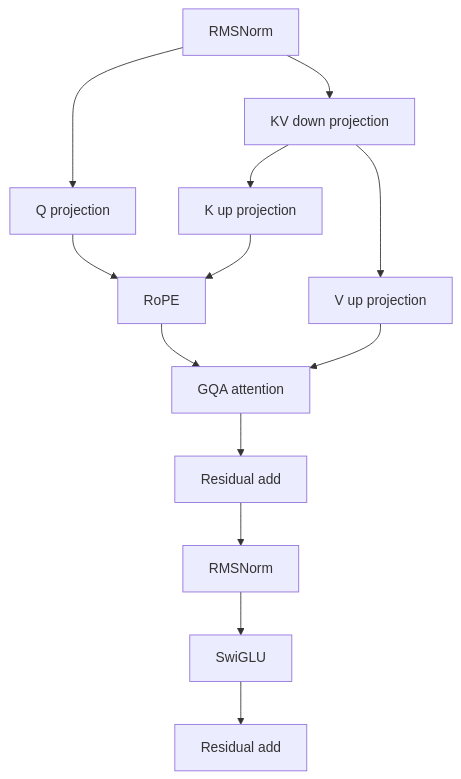
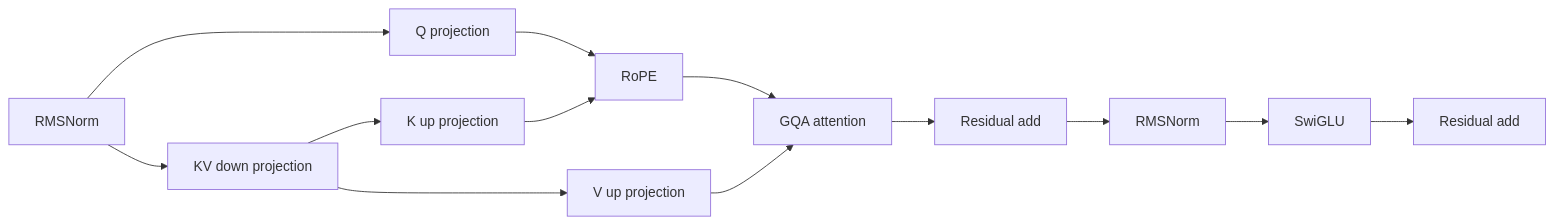
The second of 2 diagrams in README.md (pymlex/poetru), drawn with Mermaid before and after one commit.

````diff
--- a/README.md
+++ b/README.md
@@ -51,24 +51,8 @@
 ```mermaid
-flowchart TB
-    D1[RMSNorm]
-    D2[Q projection]
-    D3[KV down projection]
-    D4[K up projection]
-    D5[V up projection]
-    D6[RoPE]
-    D7[GQA attention]
-    D8[Residual add]
-    D9[RMSNorm]
-    D10[SwiGLU]
-    D11[Residual add]
+flowchart LR
+    D1[RMSNorm] --> D2[Q projection] & D3[KV down projection]
+    D3 --> D4[K up projection] & D5[V up projection]
+    D2 & D4 --> D6[RoPE]
+    D6 & D5 --> D7[GQA attention] --> D8[Residual add] --> D9[RMSNorm] --> D10[SwiGLU] --> D11[Residual add]
 
-    D1 --> D2
-    D1 --> D3
-    D3 --> D4
-    D3 --> D5
-    D2 --> D6
-    D4 --> D6
-    D6 --> D7
-    D5 --> D7
-    D7 --> D8 --> D9 --> D10 --> D11
 ```
````
